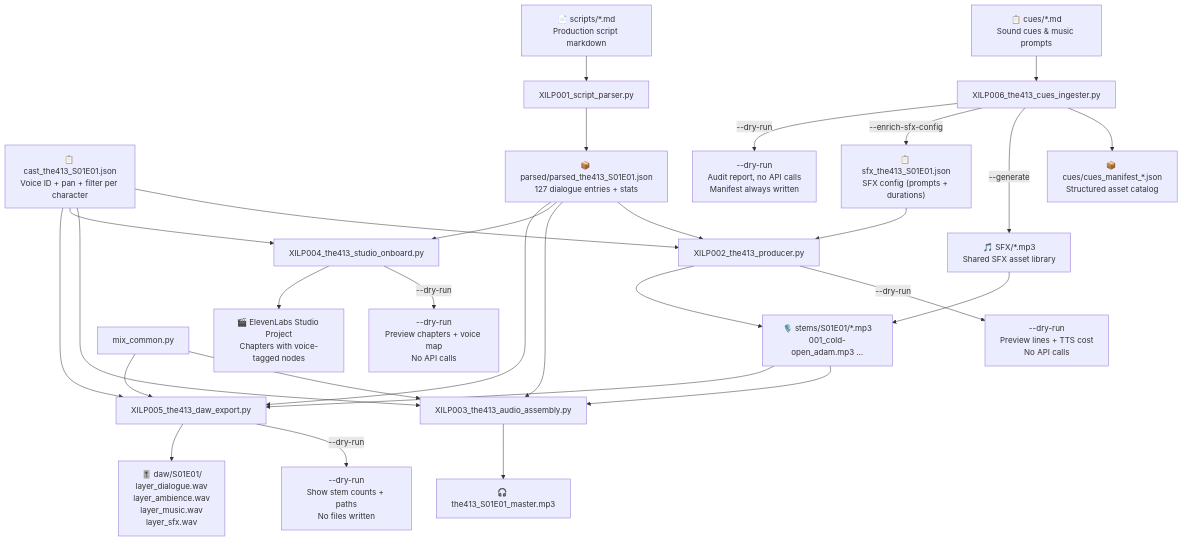
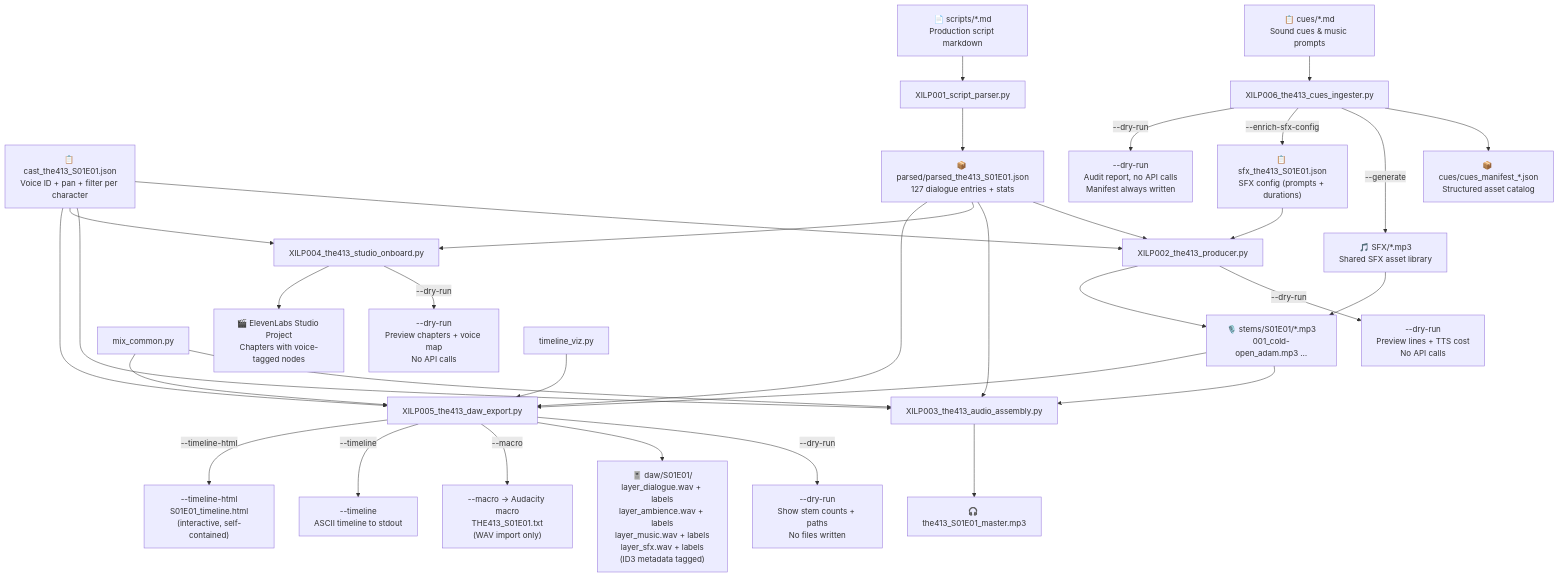
The first of 15 diagrams in docs/pipeline.md (tazlin/xil-pipeline), drawn with Mermaid before and after one commit. The commit also changed other lines of this file and 18 other files, not shown here.

First line of the commit message:
Fix intro music trim, pre_trimmed flag, SFX dry-run, and CSV column order

````diff
--- a/docs/pipeline.md
+++ b/docs/pipeline.md
@@ -71,19 +71,33 @@
     P4 --> STUDIO
 
     P5["XILP005_the413_daw_export.py"]
+    VIZ["timeline_viz.py"]
     DAW["`🎚️ daw/S01E01/
-    layer_dialogue.wav
-    layer_ambience.wav
-    layer_music.wav
-    layer_sfx.wav`"]
+    layer_dialogue.wav + labels
+    layer_ambience.wav + labels
+    layer_music.wav + labels
+    layer_sfx.wav + labels
+    (ID3 metadata tagged)`"]
     DRY5["`--dry-run
     Show stem counts + paths
     No files written`"]
+    MACRO["`--macro → Audacity macro
+    THE413_S01E01.txt
+    (WAV import only)`"]
+    TL5["`--timeline
+    ASCII timeline to stdout`"]
+    TLHTML5["`--timeline-html
+    S01E01_timeline.html
+    (interactive, self-contained)`"]
 
     ST --> P5
     J --> P5
     C --> P5
     MIX --> P5
+    VIZ --> P5
     P5 -->|"--dry-run"| DRY5
     P5 --> DAW
+    P5 -->|"--macro"| MACRO
+    P5 -->|"--timeline"| TL5
+    P5 -->|"--timeline-html"| TLHTML5
 ```
````
